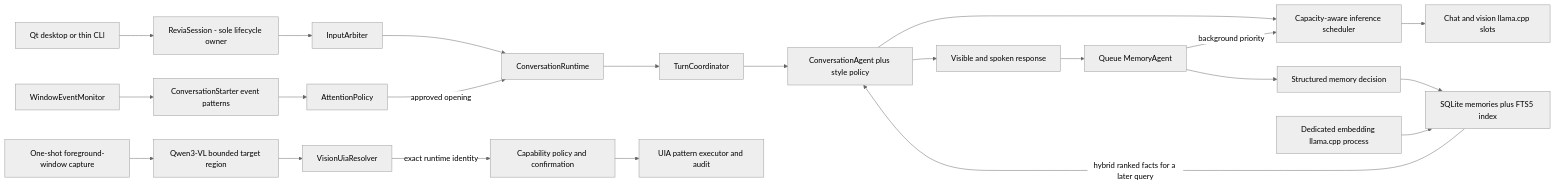
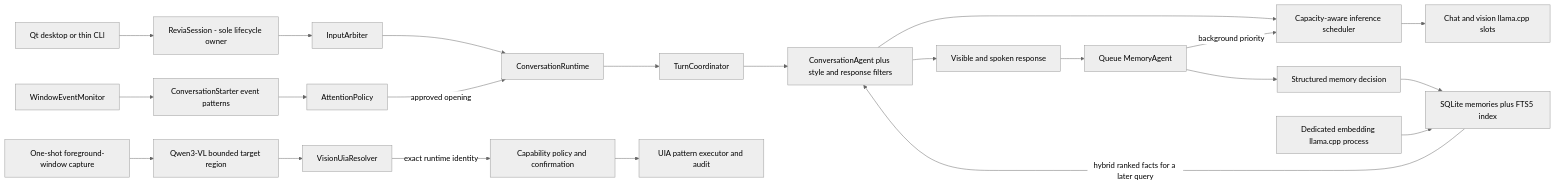
The second of 2 diagrams in docs/ARCHITECTURE.md (MahouSenseii/R.E.V.I.A), drawn with Mermaid (neutral theme) before and after one commit. The commit also changed other lines of this file and 95 other files, not shown here.

````diff
--- a/docs/ARCHITECTURE.md
+++ b/docs/ARCHITECTURE.md
@@ -67,24 +68,24 @@
 ```mermaid
 flowchart LR
     U["Qt desktop or thin CLI"] --> S["ReviaSession - sole lifecycle owner"]
     S --> I["InputArbiter"]
     I --> CR["ConversationRuntime"]
     CR --> T["TurnCoordinator"]
-    T --> C["ConversationAgent plus style policy"]
+    T --> C["ConversationAgent plus style and response filters"]
     C --> G["Capacity-aware inference scheduler"]
     G --> L["Chat and vision llama.cpp slots"]
     C --> R["Visible and spoken response"]
     R --> M["Queue MemoryAgent"]
     M -->|"background priority"| G
     M --> D["Structured memory decision"]
     D --> DB["SQLite memories plus FTS5 index"]
     E["Dedicated embedding llama.cpp process"] --> DB
     DB -->|"hybrid ranked facts for a later query"| C
     P["WindowEventMonitor"] --> CS["ConversationStarter event patterns"]
     CS --> AP["AttentionPolicy"]
     AP -->|"approved opening"| CR
     V["One-shot foreground-window capture"] --> VG["Qwen3-VL bounded target region"]
     VG --> UR["VisionUiaResolver"]
     UR -->|"exact runtime identity"| CP["Capability policy and confirmation"]
     CP --> WX["UIA pattern executor and audit"]
 ```
````
